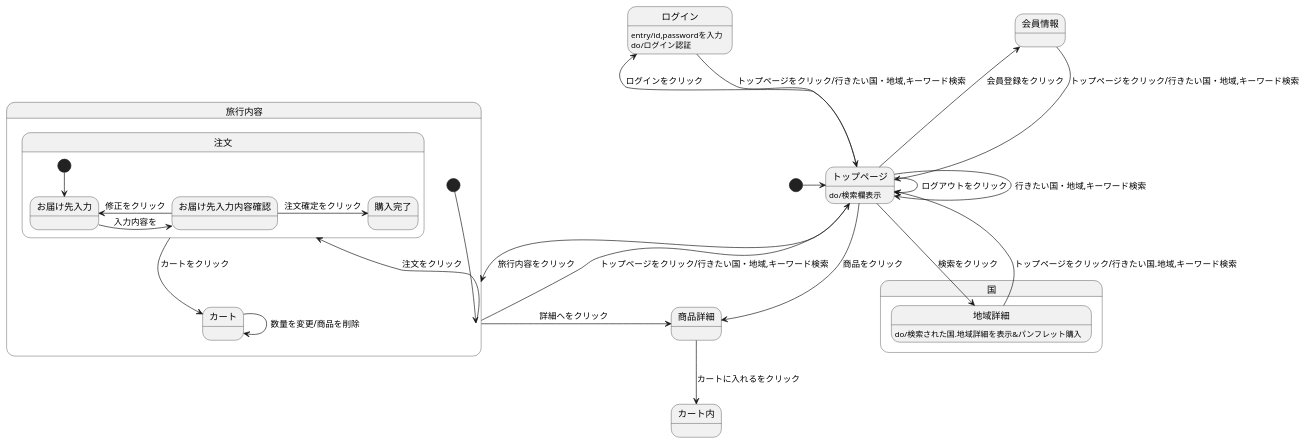
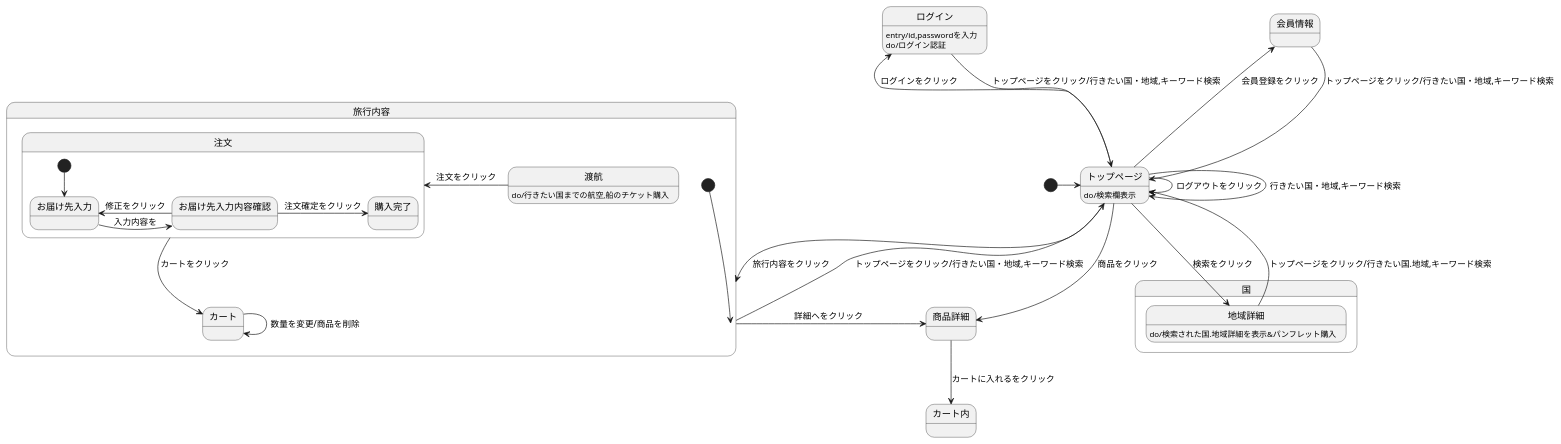
One commit to Aso2001195/2021sys-design changed the diagram in kadai8.md. Above: the diagram before and after it, drawn with PlantUML.

````diff
--- a/kadai8.md
+++ b/kadai8.md
@@ -1,35 +1,36 @@
 ```uml
 @startuml
 [*] -> トップページ
 会員情報 --> トップページ :トップページをクリック/行きたい国・地域,キーワード検索
 ログイン --> トップページ :トップページをクリック/行きたい国・地域,キーワード検索
 ログイン :entry/id,passwordを入力
 ログイン :do/ログイン認証
 トップページ -> トップページ :ログアウトをクリック
 トップページ -> トップページ :行きたい国・地域,キーワード検索
 国.地域詳細 -->トップページ :トップページをクリック/行きたい国.地域,キーワード検索
 国.地域詳細 :do/検索された国.地域詳細を表示&パンフレット購入
 トップページ --> 国.地域詳細 :検索をクリック
 トップページ -> 商品詳細 :商品をクリック
 トップページ -left-> 会員情報 :会員登録をクリック
 トップページ -left-> ログイン :ログインをクリック
 トップページ -> 旅行内容 :旅行内容をクリック
 トップページ : do/検索欄表示
 商品詳細 --> カート内 :カートに入れるをクリック
 旅行内容 -up-> トップページ :トップページをクリック/行きたい国・地域,キーワード検索
 旅行内容 ->商品詳細 :詳細へをクリック
 
 state 旅行内容{
 [*] --> 旅行内容
-旅行内容 -> 注文 :注文をクリック
+渡航 -> 注文 :注文をクリック
+渡航 :do/行きたい国までの航空,船のチケット購入
 カート -> カート :数量を変更/商品を削除
 注文 --> カート :カートをクリック
 state 注文{
  [*] --> お届け先入力
  お届け先入力 -> お届け先入力内容確認 :入力内容を
  お届け先入力内容確認 -> お届け先入力 :修正をクリック
  お届け先入力内容確認 -> 購入完了 :注文確定をクリック
  }
 }
 @enduml
 ```
````
